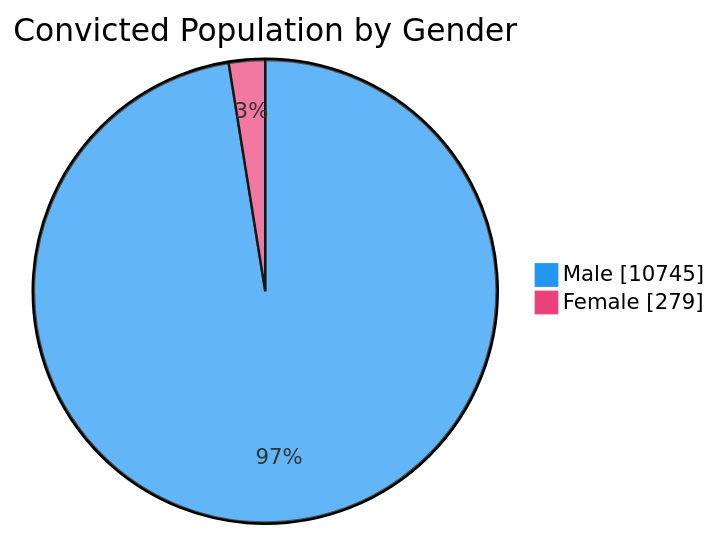
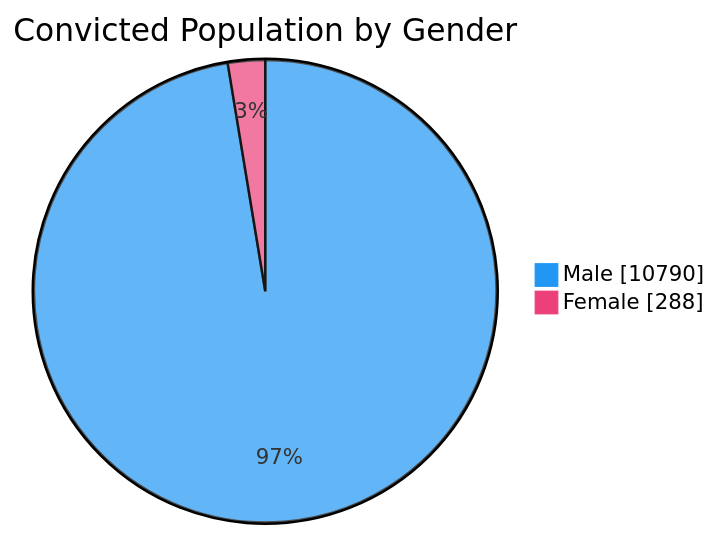
One commit to nuuuwan/lk_prisons changed the third of 7 diagrams in README.md. Above: the diagram before and after it, drawn with Mermaid. The commit also changed other lines of this file and 1 other file, not shown here.

````diff
--- a/README.md
+++ b/README.md
@@ -65,6 +65,6 @@
 ```mermaid
 %%{init: {'themeVariables': {'pie1': '#2196F3', 'pie2': '#EC407A'}}}%%
 pie showData title Convicted Population by Gender
-    "Male" : 10745
-    "Female" : 279
+    "Male" : 10790
+    "Female" : 288
 ```
````
